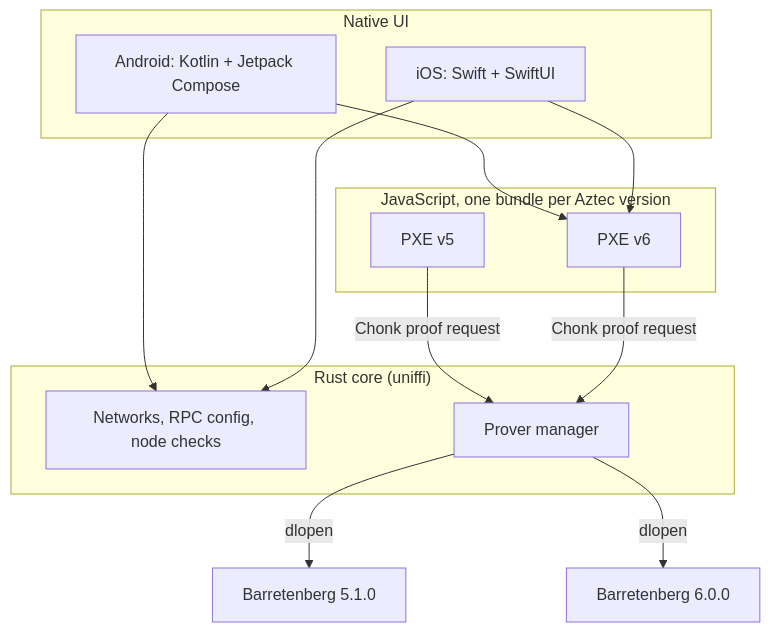
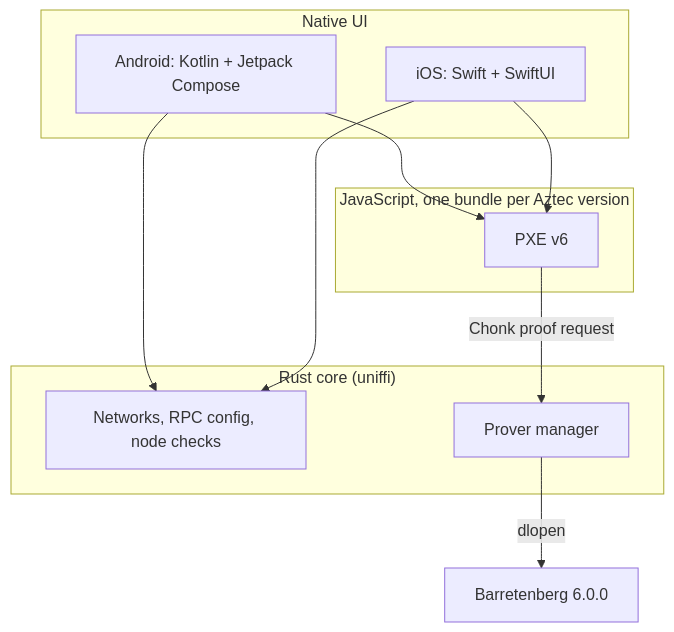
One commit to Azwall/azwall changed the diagram in docs/index.md. Above: the diagram before and after it, drawn with Mermaid. The commit also changed other lines of this file and 16 other files, not shown here.

````diff
--- a/docs/index.md
+++ b/docs/index.md
@@ -29,21 +29,19 @@
 ```mermaid
 flowchart TB
     subgraph UI["Native UI"]
         A["Android: Kotlin + Jetpack Compose"]
         I["iOS: Swift + SwiftUI"]
     end
     subgraph JS["JavaScript, one bundle per Aztec version"]
-        P5["PXE v5"]
         P6["PXE v6"]
     end
     subgraph RS["Rust core (uniffi)"]
         C["Networks, RPC config, node checks"]
         M["Prover manager"]
     end
-    B5["Barretenberg 5.1.0"]
     B6["Barretenberg 6.0.0"]
     A & I --> C
     A & I --> P6
-    P5 & P6 -- "Chonk proof request" --> M
-    M -- "dlopen" --> B5 & B6
+    P6 -- "Chonk proof request" --> M
+    M -- "dlopen" --> B6
 ```
````
